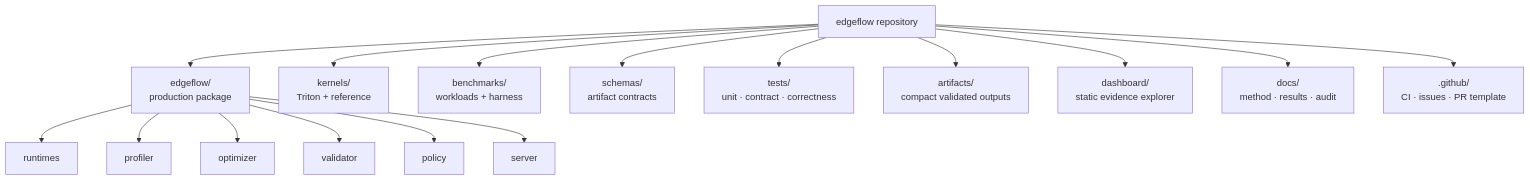
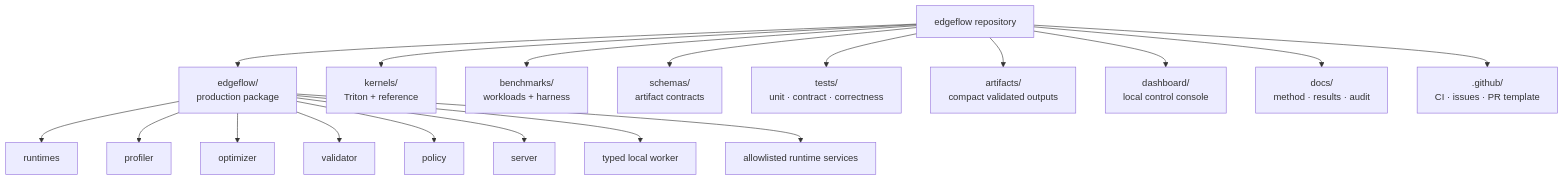
Before and after one commit to hanklin9188/EdgeFlow: the diagram in diagrams/repository_map.mmd, drawn with Mermaid. The commit also changed 48 other files, not shown here.

First line of the commit message:
Build secure local-first EdgeFlow control app (#2)

```diff
--- a/diagrams/repository_map.mmd
+++ b/diagrams/repository_map.mmd
@@ -1,17 +1,19 @@
 flowchart TB
     R[edgeflow repository]
     R --> C[edgeflow/\nproduction package]
     R --> K[kernels/\nTriton + reference]
     R --> B[benchmarks/\nworkloads + harness]
     R --> S[schemas/\nartifact contracts]
     R --> T[tests/\nunit · contract · correctness]
     R --> A[artifacts/\ncompact validated outputs]
-    R --> D[dashboard/\nstatic evidence explorer]
+    R --> D[dashboard/\nlocal control console]
     R --> O[docs/\nmethod · results · audit]
     R --> G[.github/\nCI · issues · PR template]
     C --> C1[runtimes]
     C --> C2[profiler]
     C --> C3[optimizer]
     C --> C4[validator]
     C --> C5[policy]
     C --> C6[server]
+    C --> C7[typed local worker]
+    C --> C8[allowlisted runtime services]
```
